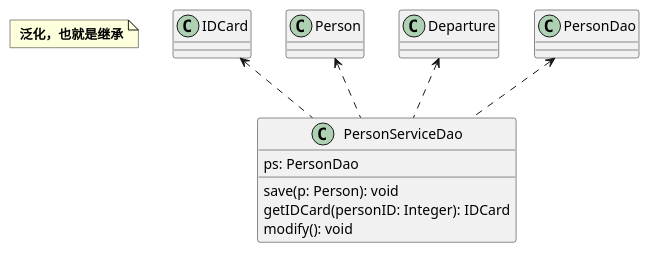
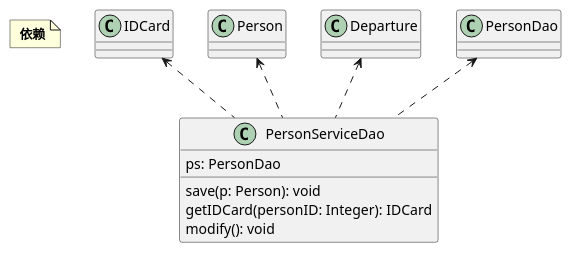
Before and after one commit to forrestlmj/javaLearn: the diagram in JavaBasic/JavaDesignPattern/src/main/java/com/github/yck/uml/dependency/depandency.puml, drawn with PlantUML. The commit also changed 1 other file, not shown here.

Commit message:
[设计模式]优化UML图

```diff
--- a/JavaBasic/JavaDesignPattern/src/main/java/com/github/yck/uml/dependency/depandency.puml
+++ b/JavaBasic/JavaDesignPattern/src/main/java/com/github/yck/uml/dependency/depandency.puml
@@ -1,25 +1,25 @@
 @startuml
 'https://plantuml.com/class-diagram
 
 note as N
-    <b> 泛化，也就是继承</b>
+    <b> 依赖</b>
 end note
 
 class IDCard
 class Person
 class Departure
 class PersonDao
 
 class PersonServiceDao{
    ps: PersonDao
    save(p: Person): void
    getIDCard(personID: Integer): IDCard
    modify(): void
 }
 
 IDCard <.. PersonServiceDao
 Person <.. PersonServiceDao
 Departure <.. PersonServiceDao
 PersonDao <.. PersonServiceDao
 
 @enduml
```
